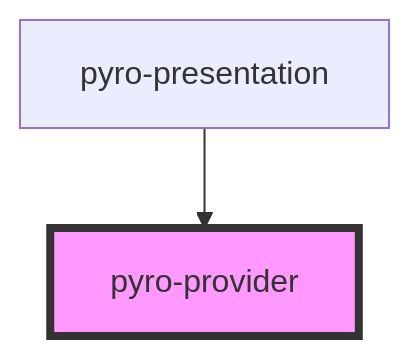
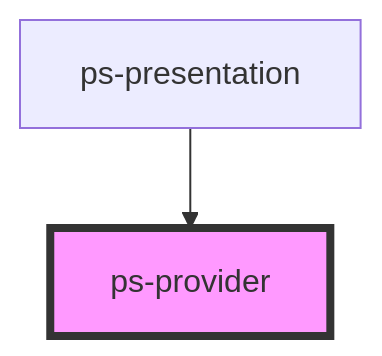
Before and after one commit to presentosaurus/presentosaurus: the diagram in packages/core/src/components/provider/readme.md, drawn with Mermaid. The commit also changed other lines of this file and 49 other files, not shown here.

````diff
--- a/packages/core/src/components/provider/readme.md
+++ b/packages/core/src/components/provider/readme.md
@@ -20,5 +20,5 @@
 ```mermaid
 graph TD;
-  pyro-presentation --> pyro-provider
-  style pyro-provider fill:#f9f,stroke:#333,stroke-width:4px
+  ps-presentation --> ps-provider
+  style ps-provider fill:#f9f,stroke:#333,stroke-width:4px
 ```
````
